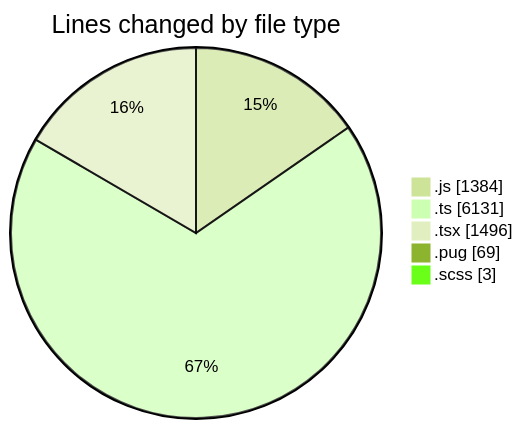
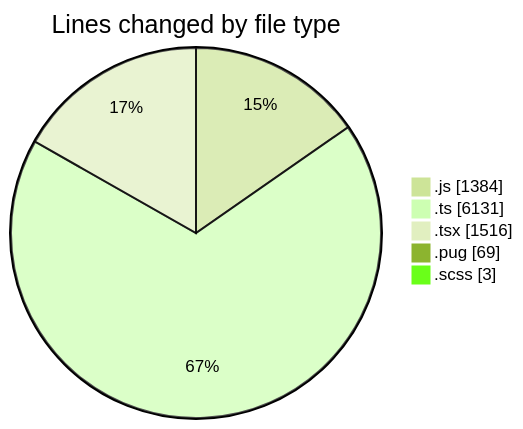
The first of 2 diagrams in 2025-03-25/cda/README.md (momahboobian/code-tracking), drawn with Mermaid (forest theme) before and after one commit. The commit also changed other lines of this file and 1 other file, not shown here.

````diff
--- a/2025-03-25/cda/README.md
+++ b/2025-03-25/cda/README.md
@@ -38,9 +38,9 @@
 ```mermaid
 pie showData
 title Lines changed by file type
 ".js" : 1384
 ".ts" : 6131
-".tsx" : 1496
+".tsx" : 1516
 ".pug" : 69
 ".scss" : 3
 ```
````
